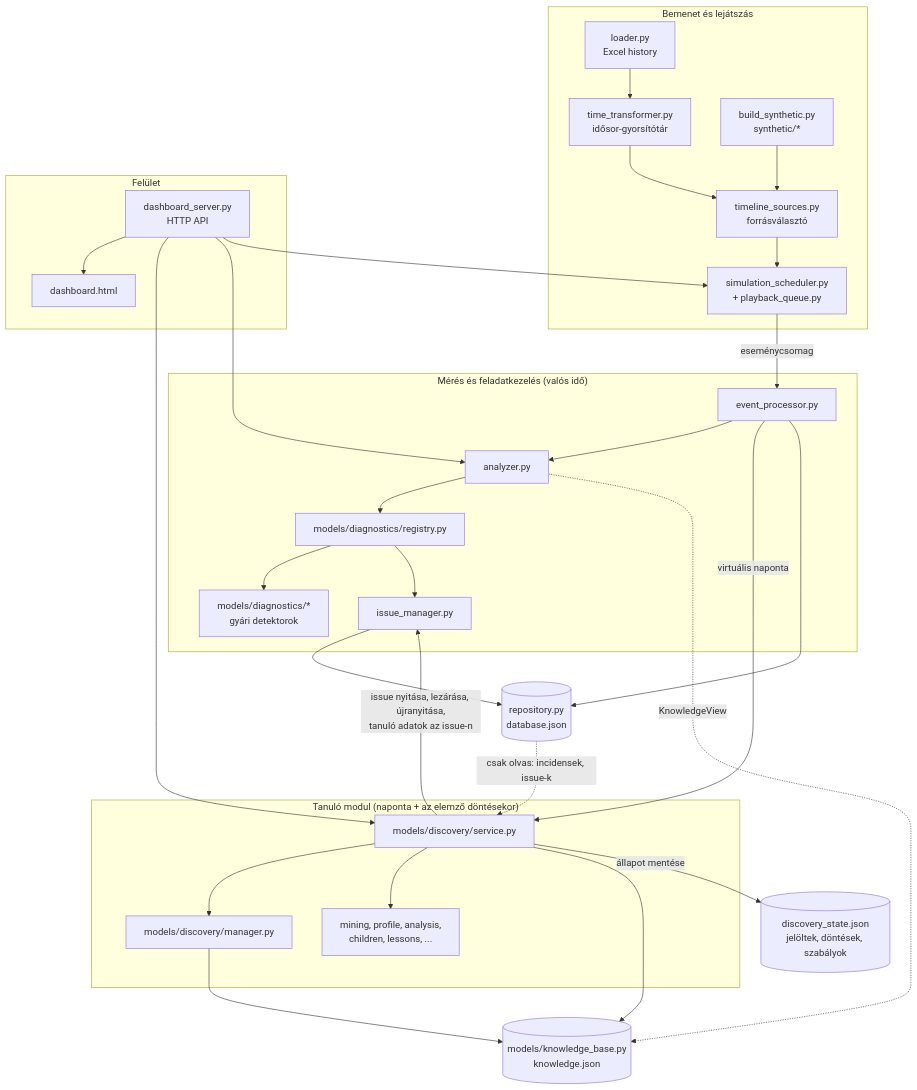
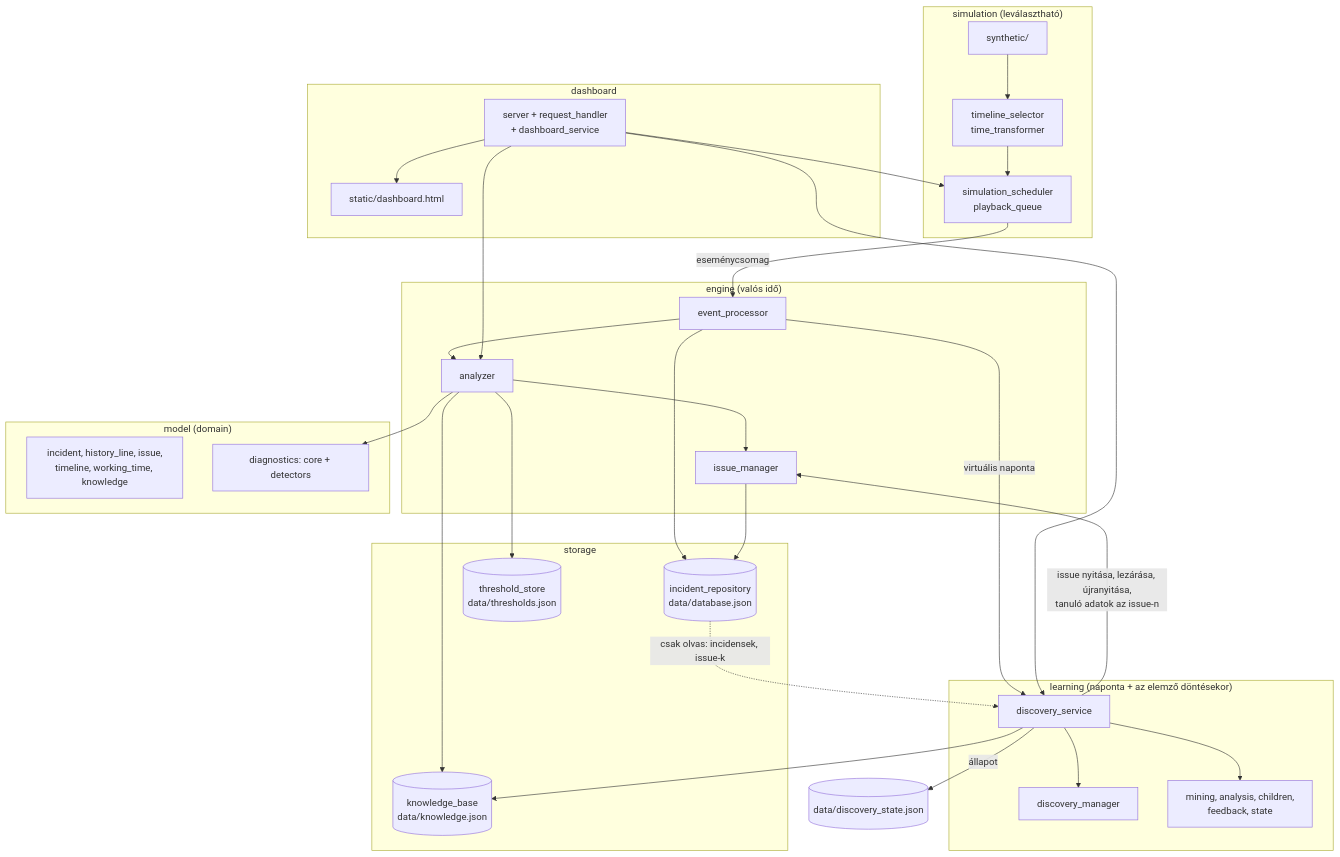
The first of 6 diagrams in docs/ARCHITECTURE.md (dinolany/szakdolgozat_ewuxa6), drawn with Mermaid before and after one commit. The commit also changed other lines of this file and 31 other files, not shown here.

````diff
--- a/docs/ARCHITECTURE.md
+++ b/docs/ARCHITECTURE.md
@@ -22,38 +64,42 @@
 ```mermaid
 flowchart TB
-  subgraph Bemenet["Bemenet és lejátszás"]
-    XL[loader.py<br/>Excel history] --> TT[time_transformer.py<br/>idősor-gyorsítótár]
-    SYN[build_synthetic.py<br/>synthetic/*] --> TS[timeline_sources.py<br/>forrásválasztó]
-    TT --> TS
-    TS --> SCH[simulation_scheduler.py<br/>+ playback_queue.py]
+  subgraph Sim["simulation (leválasztható)"]
+    TS[timeline_selector<br/>time_transformer] --> SCH[simulation_scheduler<br/>playback_queue]
+    SYN[synthetic/] --> TS
   end
-  SCH -->|eseménycsomag| EP[event_processor.py]
-  subgraph Mag["Mérés és feladatkezelés (valós idő)"]
-    EP --> AN[analyzer.py]
-    AN --> REG[models/diagnostics/registry.py]
-    REG --> DET[models/diagnostics/*<br/>gyári detektorok]
-    REG --> IM[issue_manager.py]
+  subgraph Eng["engine (valós idő)"]
+    EP[event_processor] --> AN[analyzer]
+    AN --> IM[issue_manager]
   end
-  subgraph Tanulo["Tanuló modul (naponta + az elemző döntésekor)"]
-    SVC[models/discovery/service.py] --> MAN[models/discovery/manager.py]
-    SVC --> PURE[mining, profile, analysis,<br/>children, lessons, ...]
+  subgraph Learn["learning (naponta + az elemző döntésekor)"]
+    SVC[discovery_service] --> MAN[discovery_manager]
+    SVC --> PURE[mining, analysis, children,<br/>feedback, state]
   end
+  subgraph Model["model (domain)"]
+    DOM[incident, history_line, issue,<br/>timeline, working_time, knowledge]
+    DIAG[diagnostics: core + detectors]
+  end
+  subgraph Store["storage"]
+    REPO[(incident_repository<br/>data/database.json)]
+    KB[(knowledge_base<br/>data/knowledge.json)]
+    TH[(threshold_store<br/>data/thresholds.json)]
+  end
+  DS[(data/discovery_state.json)]
+  subgraph UI["dashboard"]
+    SRV[server + request_handler<br/>+ dashboard_service] --> HTML[static/dashboard.html]
+  end
+  SCH -->|eseménycsomag| EP
   EP -->|virtuális naponta| SVC
-  KB[(models/knowledge_base.py<br/>knowledge.json)]
-  DS[(discovery_state.json<br/>jelöltek, döntések, szabályok)]
-  AN -. KnowledgeView .-> KB
-  SVC --> KB
-  MAN --> KB
-  SVC -->|állapot mentése| DS
-  REPO[(repository.py<br/>database.json)]
+  AN --> DIAG
+  AN --> KB
+  AN --> TH
   EP --> REPO
   IM --> REPO
   SVC -->|issue nyitása, lezárása, újranyitása,<br/>tanuló adatok az issue-n| IM
   REPO -.->|csak olvas: incidensek, issue-k| SVC
-  subgraph Felulet["Felület"]
-    SRV[dashboard_server.py<br/>HTTP API] --> UI[dashboard.html]
-  end
+  SVC --> KB
+  SVC -->|állapot| DS
   SRV --> SVC
   SRV --> AN
   SRV --> SCH
 ```
````
